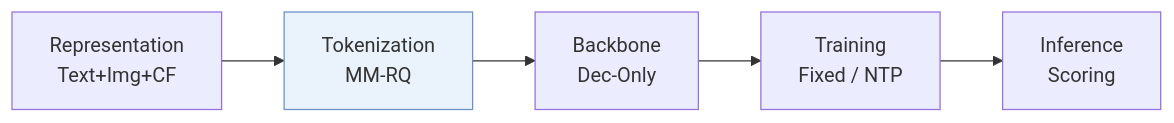
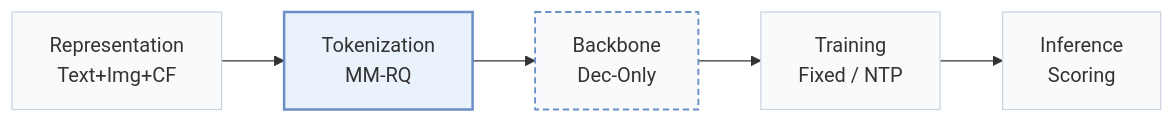
One commit to Galaxy-ghost/Awesome-SID-Generative-Rec changed the first of 2 diagrams in pages/papers/mme-sid.md. Above: the diagram before and after it, drawn with Mermaid. The commit also changed other lines of this file and 649 other files, not shown here.

Commit message:
writer-05: also tags and modality index (schema, check, build, visuals); summary field removed; calibration data for 12 papers

````diff
--- a/pages/papers/mme-sid.md
+++ b/pages/papers/mme-sid.md
@@ -13,6 +15,10 @@
 ```mermaid
 flowchart LR
     R["Representation<br/>Text+Img+CF"] --> T["Tokenization<br/>MM-RQ"] --> B["Backbone<br/>Dec-Only"] --> TR["Training<br/>Fixed / NTP"] --> I["Inference<br/>Scoring"]
-    classDef main fill:#eaf2fb,stroke:#6b8fc7
+    classDef base fill:#f8fafc,stroke:#cbd5e1
+    class R,T,B,TR,I base
+    classDef also fill:#f8fafc,stroke:#6b8fc7,stroke-width:1.5px,stroke-dasharray:5 3
+    class B also
+    classDef main fill:#eaf2fb,stroke:#6b8fc7,stroke-width:2px
     class T main
 ```
````
